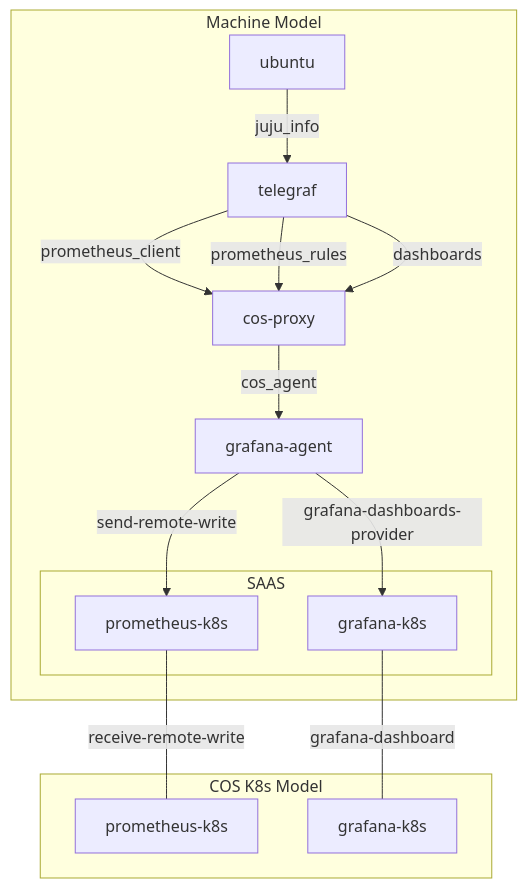
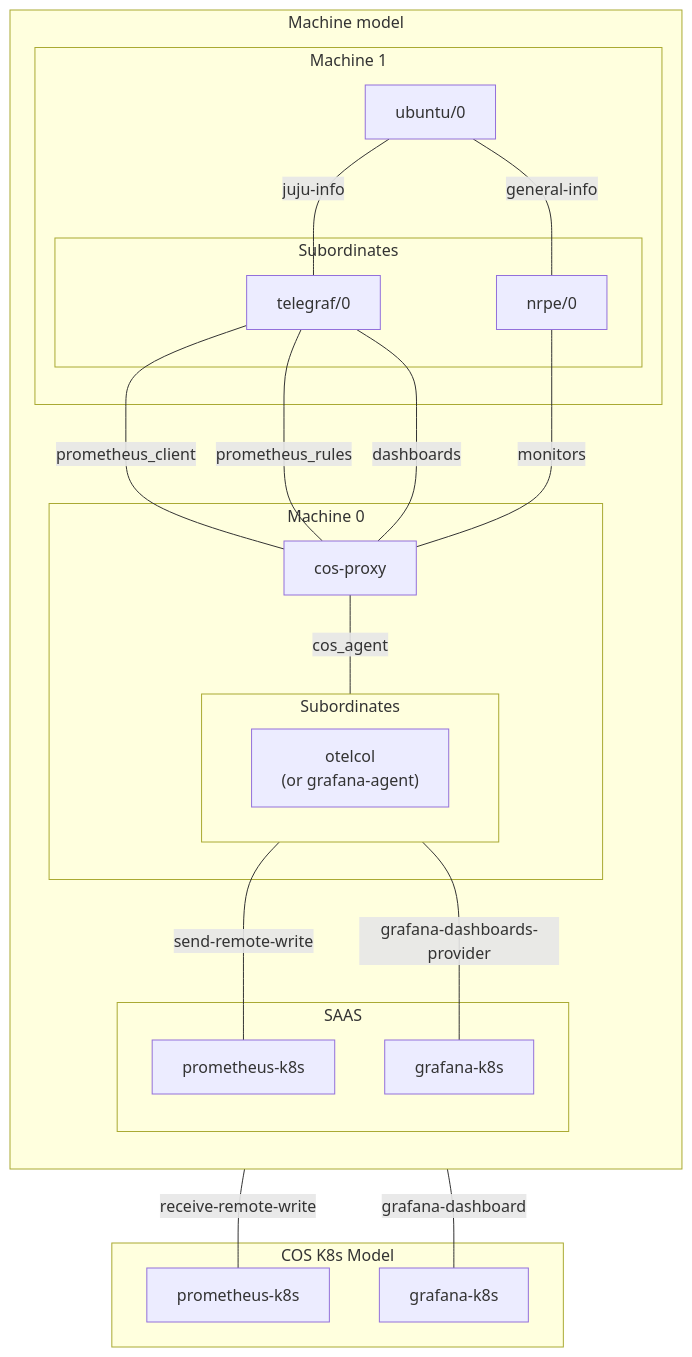
The second of 2 diagrams in INTEGRATING.md (canonical/cos-proxy-operator), drawn with Mermaid before and after one commit. The commit also changed other lines of this file, not shown here.

Commit message:
refactor: INTEGRATING.md to include NRPE relation (#229)

````diff
--- a/INTEGRATING.md
+++ b/INTEGRATING.md
@@ -67,40 +72,57 @@
 ```mermaid
 graph TD
+
+    %% Machine Model Subgraph
+    subgraph machine-model["Machine model"]
+        direction TD
+        %% SAAS Subgraph
+        subgraph SAAS["SAAS"]
+            GSAAS["grafana-k8s"]
+            PSAAS["prometheus-k8s"]
+        end
+
+        subgraph machine-1["Machine 1"]
+            ubuntu["ubuntu/0"]
+            
+            subgraph subordinates-1["Subordinates"]
+                nrpe["nrpe/0"]
+                telegraf["telegraf/0"]
+            end
+        end
+    
+        %% cos-proxy Subgraph
+        subgraph machine-0["Machine 0"]
+            cos_proxy["cos-proxy"]
+
+            subgraph subordinates-0["Subordinates"]
+                direction LR
+                grafana-agent["otelcol
+                (or grafana-agent)"]
+            end
+        end
+    end
+
     %% COS Lite K8s Subgraph
     subgraph cos-k8s["COS K8s Model"]
         prometheus["prometheus-k8s"]
         grafana["grafana-k8s"]
-        
-
     end
 
-    %% Machine Model Subgraph
-    subgraph reactive-model["Machine Model"]
-        ubuntu["ubuntu"]
-        telegraf["telegraf"]
-        cos_proxy["cos-proxy"]
-        grafana-agent["grafana-agent"]
+    %% Connections
+    ubuntu --- |general-info| nrpe
+    ubuntu --- |juju-info| telegraf
+    telegraf --- |prometheus_client| cos_proxy
+    telegraf --- |prometheus_rules| cos_proxy
+    telegraf --- |dashboards| cos_proxy
+    nrpe --- |monitors| cos_proxy
 
-        %% Connections
-        ubuntu --> |juju_info| telegraf
-        telegraf --> |prometheus_client| cos_proxy
-        telegraf --> |prometheus_rules| cos_proxy
-        telegraf --> |dashboards| cos_proxy
+    cos_proxy --- |cos_agent| grafana-agent
 
-        cos_proxy --> |cos_agent| grafana-agent
+    %% cos-proxy to SAAS Connections
+    grafana-agent --- |send-remote-write| PSAAS
+    grafana-agent --- |grafana-dashboards-provider| GSAAS
 
-        %% cos-proxy to SAAS Connections
-        grafana-agent --> |send-remote-write| PSAAS
-        grafana-agent --> |grafana-dashboards-provider| GSAAS
-
-        %% SAAS Subgraph
-        subgraph SAAS["SAAS"]
-            GSAAS["grafana-k8s"]
-            PSAAS["prometheus-k8s"]
-
-            %% SAAS to COS Model Connections
-            GSAAS --- |grafana-dashboard| grafana
-            PSAAS --- |receive-remote-write| prometheus
-        end
-    end
+    %% SAAS to COS Model Connections
+    GSAAS --- |grafana-dashboard| grafana
+    PSAAS --- |receive-remote-write| prometheus
 ```
````
